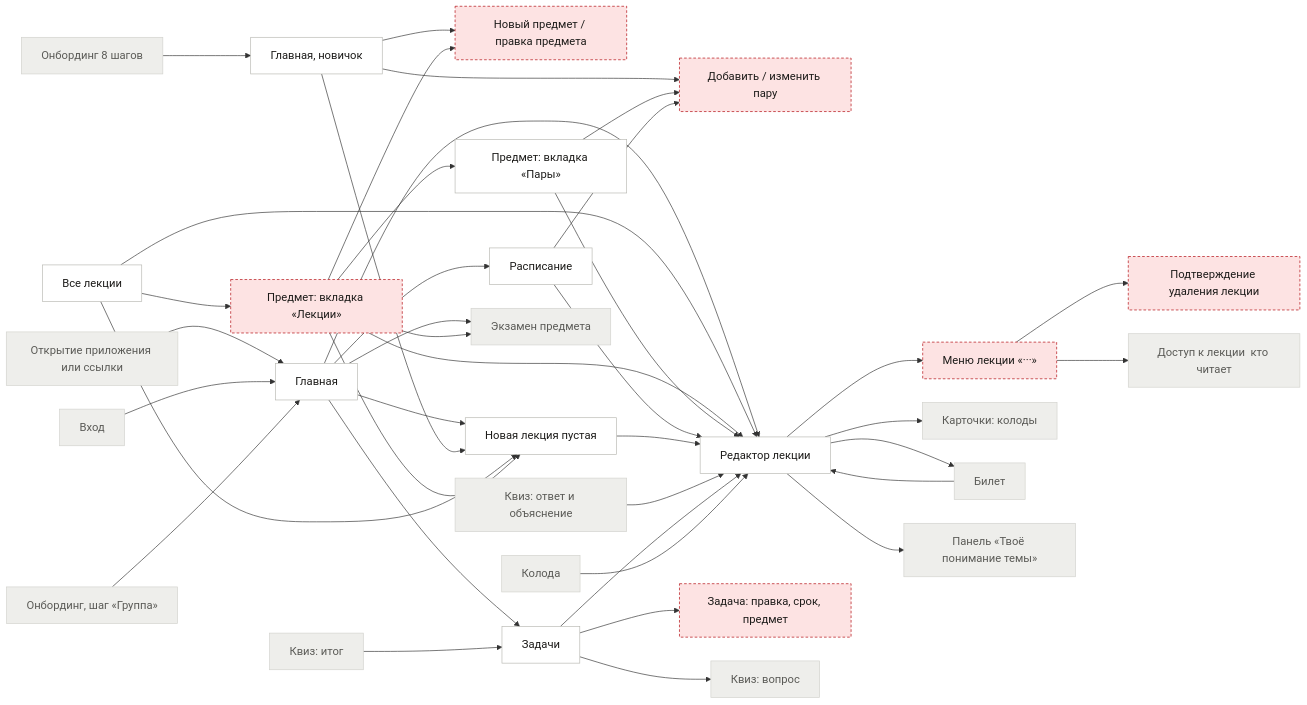
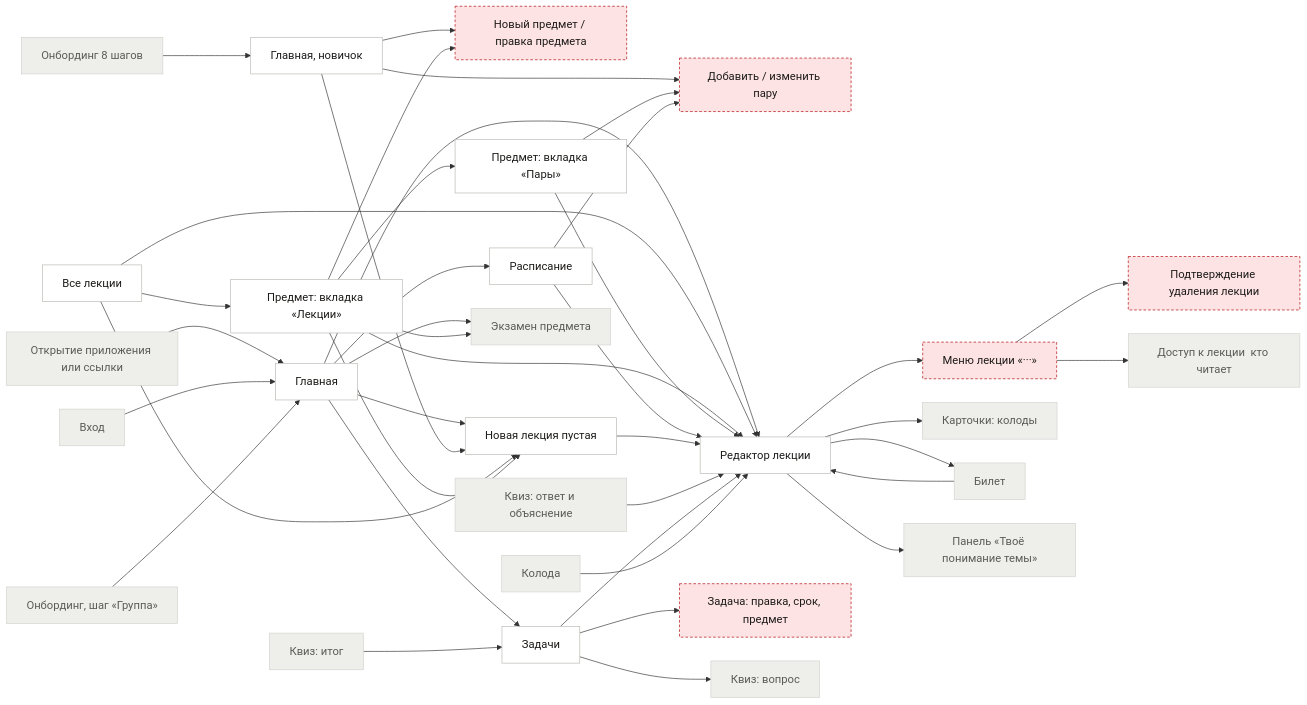
The second of 6 diagrams in docs/design/ia/userflow.md (misha-quartzevsky/cohorta), drawn with Mermaid before and after one commit. The commit also changed other lines of this file and 18 other files, not shown here.

```diff
--- a/docs/design/ia/userflow.md
+++ b/docs/design/ia/userflow.md
@@ -187,7 +187,7 @@
   class home ok
   class home_new ok
   class lectures ok
-  class subject no
+  class subject ok
   class subject_new no
   class pairs ok
   class pair_edit no
```
